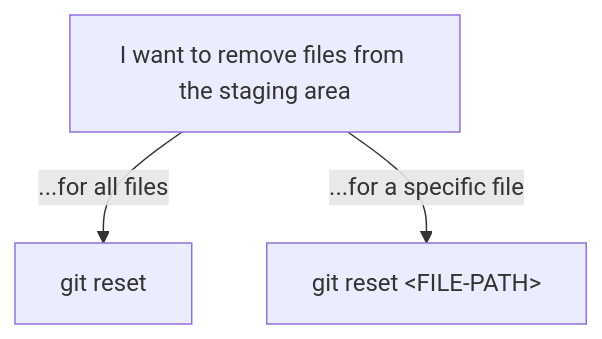
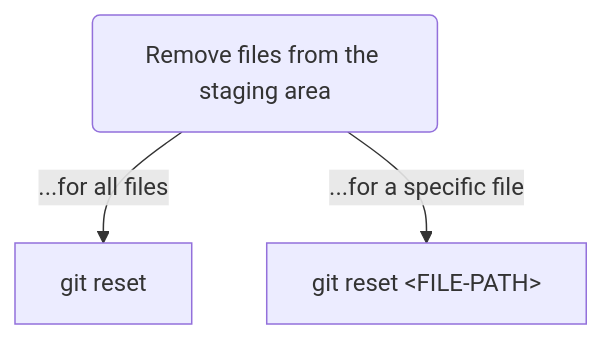
One commit to conorhamill36/conorhamill36.github.io changed the third of 4 diagrams in _drafts/2024-06-26-git-undo.md. Above: the diagram before and after it, drawn with Mermaid. The commit also changed other lines of this file, not shown here.

````diff
--- a/_drafts/2024-06-26-git-undo.md
+++ b/_drafts/2024-06-26-git-undo.md
@@ -27,5 +28,5 @@
 ```mermaid
 flowchart TD
-    A[I want to remove files from the staging area] -- ...for all files --> B[git reset]
+    A(Remove files from the staging area) -- ...for all files --> B[git reset]
     A -- ...for a specific file --> C[git reset &lt;FILE-PATH&gt;]
 ```
````
